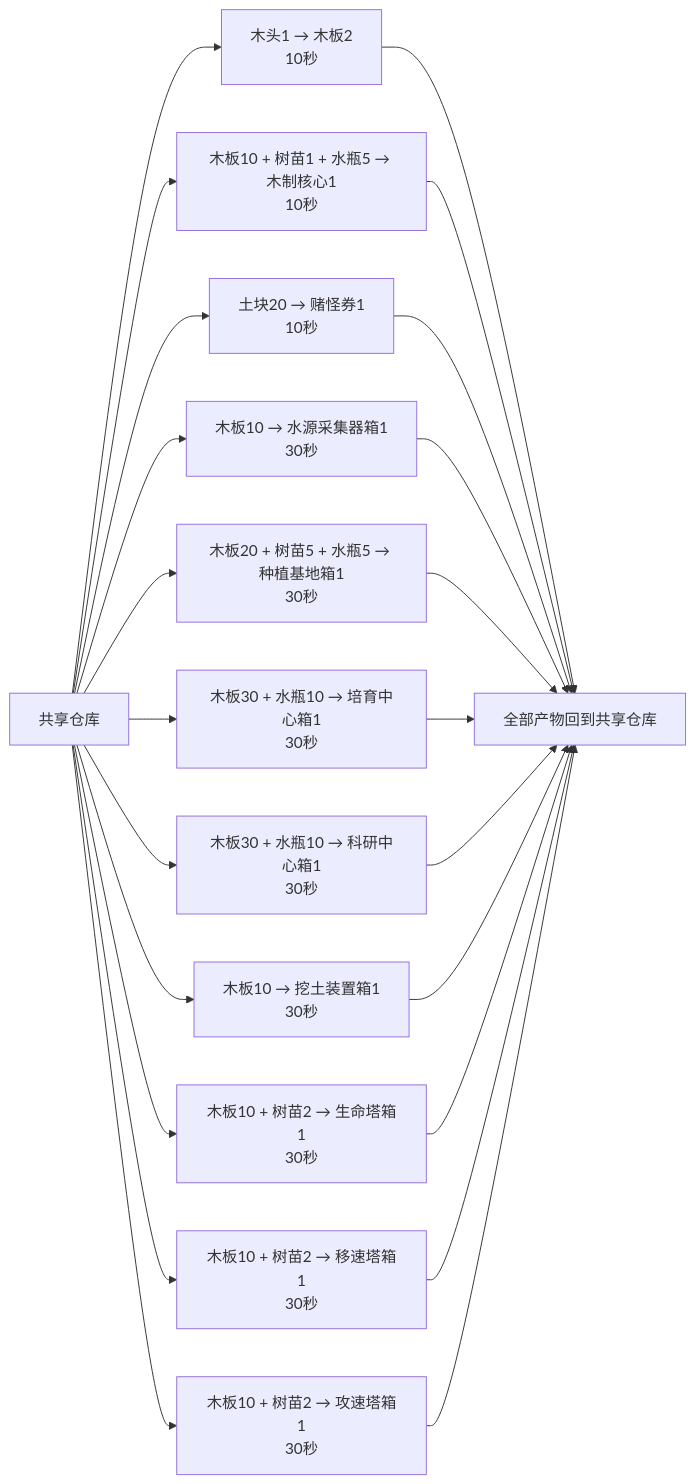
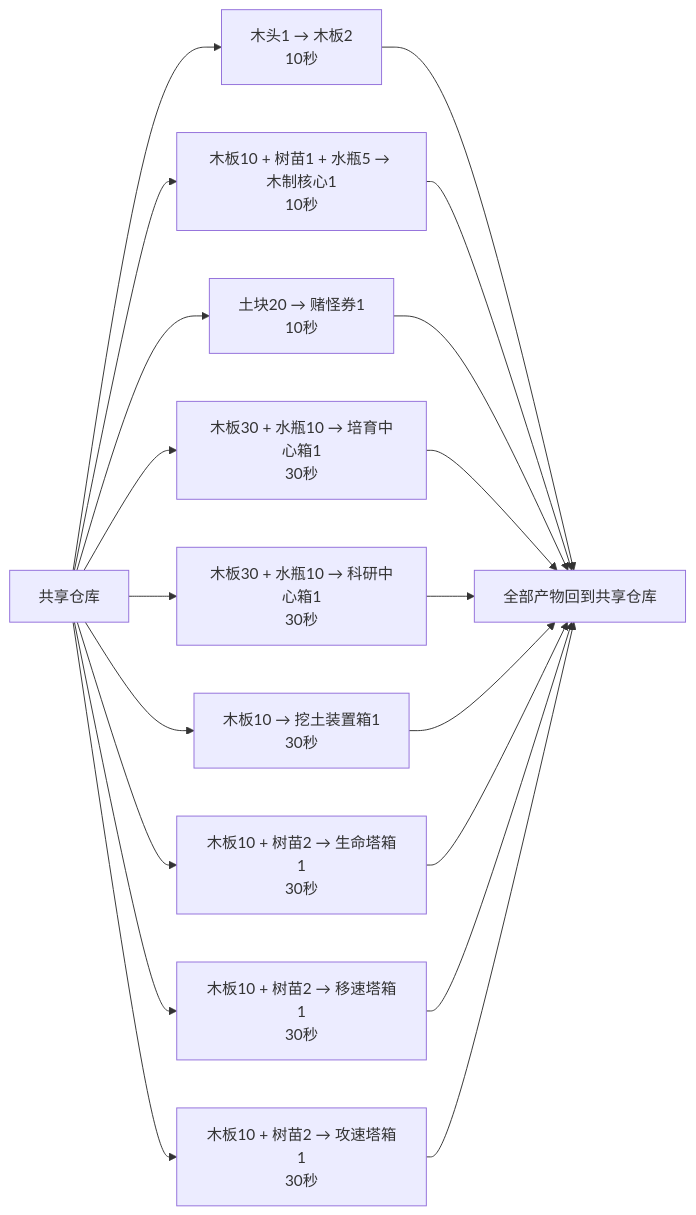
Before and after one commit to wanheng20031114/arc-nice: the fifth of 9 diagrams in reports/tower_defense_production_flow.md, drawn with Mermaid. The commit also changed other lines of this file and 21 other files, not shown here.

````diff
--- a/reports/tower_defense_production_flow.md
+++ b/reports/tower_defense_production_flow.md
@@ -138,25 +143,21 @@
 ```mermaid
 flowchart LR
     S["共享仓库"] --> A["木头1 → 木板2<br/>10秒"]
     S --> B["木板10 + 树苗1 + 水瓶5 → 木制核心1<br/>10秒"]
     S --> C["土块20 → 赌怪券1<br/>10秒"]
-    S --> D["木板10 → 水源采集器箱1<br/>30秒"]
-    S --> E["木板20 + 树苗5 + 水瓶5 → 种植基地箱1<br/>30秒"]
-    S --> F["木板30 + 水瓶10 → 培育中心箱1<br/>30秒"]
-    S --> G["木板30 + 水瓶10 → 科研中心箱1<br/>30秒"]
-    S --> H["木板10 → 挖土装置箱1<br/>30秒"]
-    S --> I["木板10 + 树苗2 → 生命塔箱1<br/>30秒"]
-    S --> J["木板10 + 树苗2 → 移速塔箱1<br/>30秒"]
-    S --> K["木板10 + 树苗2 → 攻速塔箱1<br/>30秒"]
+    S --> D["木板30 + 水瓶10 → 培育中心箱1<br/>30秒"]
+    S --> E["木板30 + 水瓶10 → 科研中心箱1<br/>30秒"]
+    S --> F["木板10 → 挖土装置箱1<br/>30秒"]
+    S --> G["木板10 + 树苗2 → 生命塔箱1<br/>30秒"]
+    S --> H["木板10 + 树苗2 → 移速塔箱1<br/>30秒"]
+    S --> I["木板10 + 树苗2 → 攻速塔箱1<br/>30秒"]
     A --> S2["全部产物回到共享仓库"]
     B --> S2
     C --> S2
     D --> S2
     E --> S2
     F --> S2
     G --> S2
     H --> S2
     I --> S2
-    J --> S2
-    K --> S2
 ```
````
